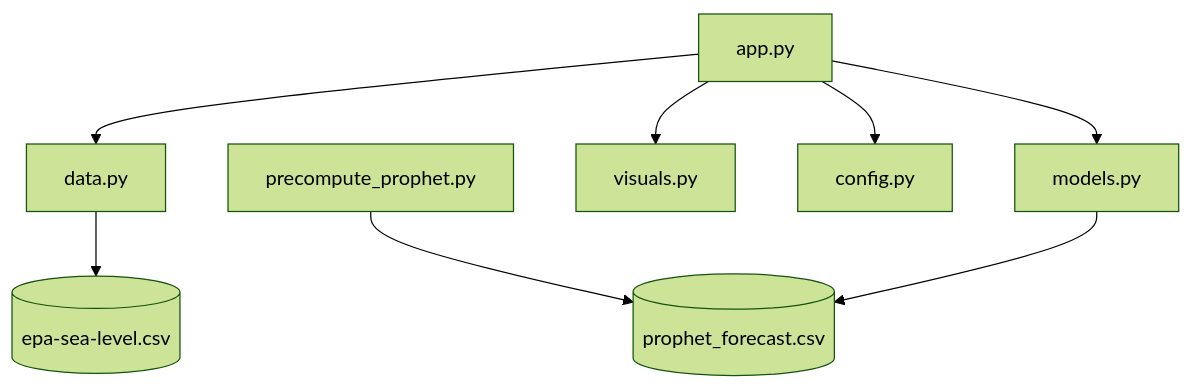
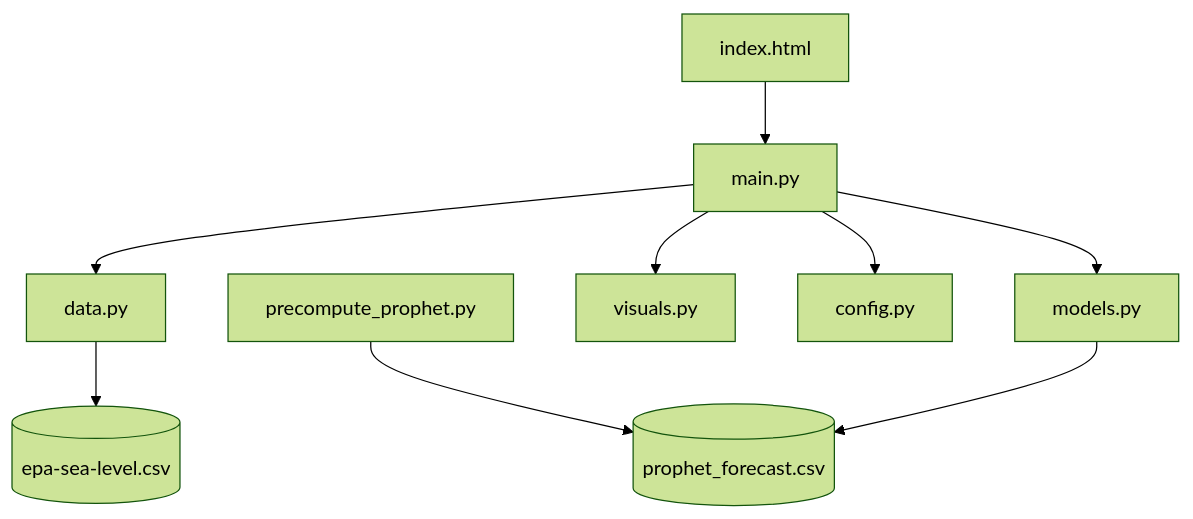
One commit to sahmed0/sea-level-app changed the diagram in README.md. Above: the diagram before and after it, drawn with Mermaid (forest theme). The commit also changed other lines of this file, not shown here.

````diff
--- a/README.md
+++ b/README.md
@@ -69,10 +70,11 @@
 ```mermaid
 graph TD
-    A[app.py] --> B[data.py]
-    A --> C[models.py]
-    A --> D[visuals.py]
-    A --> E[config.py]
+    A[index.html] --> I[main.py]
+    I --> B[data.py]
+    I --> C[models.py]
+    I --> D[visuals.py]
+    I --> E[config.py]
     B --> F[(epa-sea-level.csv)]
     G[precompute_prophet.py] --> H[(prophet_forecast.csv)]
     C --> H
 ```
````
